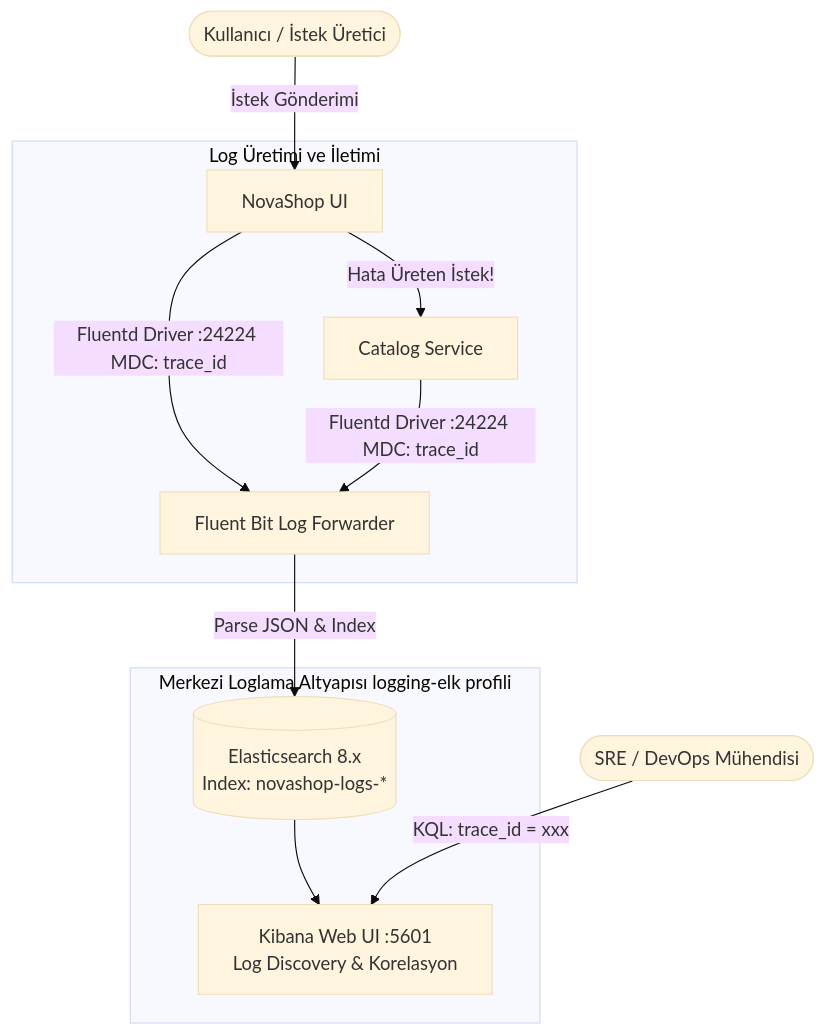
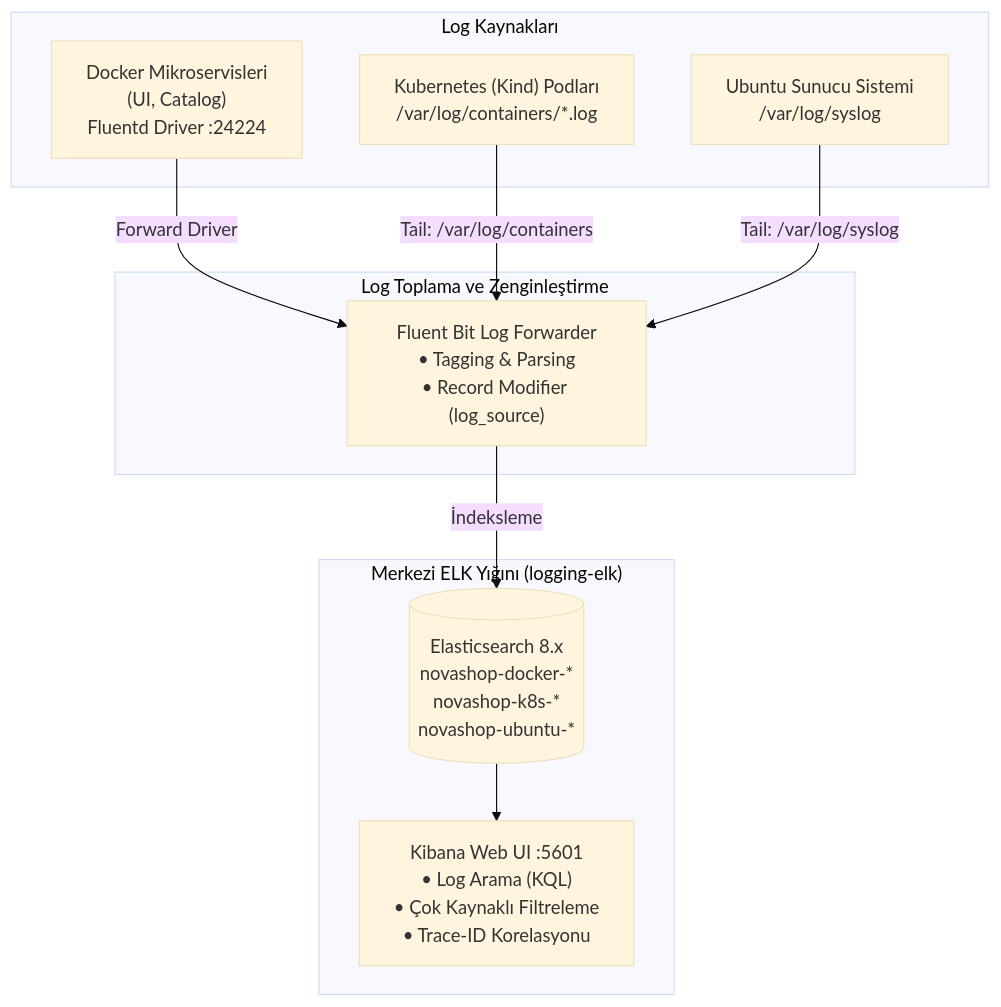
Before and after one commit to devopsatolyesi-labs/novashop: the diagram in labs/LAB-11/README.md, drawn with Mermaid (base theme). The commit also changed other lines of this file and 2 other files, not shown here.

Commit message:
feat(lab-11): upgrade ELK stack with Fluent Bit multi-source logging for Docker, Kubernetes, and Ubuntu syslog

````diff
--- a/labs/LAB-11/README.md
+++ b/labs/LAB-11/README.md
@@ -31,17 +36,24 @@
 ```mermaid
 graph TD
-    User([Kullanıcı / İstek Üretici]) -->|İstek Gönderimi| UI[NovaShop UI]
-    UI -->|Hata Üreten İstek!| Catalog[Catalog Service]
-
-    subgraph Log Üretimi ve İletimi
-        UI -->|Fluentd Driver :24224 MDC: trace_id| FluentBit[Fluent Bit Log Forwarder]
-        Catalog -->|Fluentd Driver :24224 MDC: trace_id| FluentBit
+    subgraph Log Kaynaklari ["Log Kaynakları"]
+        DockerApp["Docker Mikroservisleri<br/>(UI, Catalog)<br/>Fluentd Driver :24224"]
+        K8sPods["Kubernetes (Kind) Podları<br/>/var/log/containers/*.log"]
+        UbuntuHost["Ubuntu Sunucu Sistemi<br/>/var/log/syslog"]
     end
 
-    subgraph Merkezi Loglama Altyapısı logging-elk profili
-        FluentBit -->|Parse JSON & Index| ES[(Elasticsearch 8.x<br/>Index: novashop-logs-*)]
-        ES --> Kibana[Kibana Web UI :5601<br/>Log Discovery & Korelasyon]
+    subgraph Toplayici ["Log Toplama ve Zenginleştirme"]
+        FB["Fluent Bit Log Forwarder<br/>• Tagging & Parsing<br/>• Record Modifier (log_source)"]
     end
 
-    Engineer([SRE / DevOps Mühendisi]) -->|KQL: trace_id = xxx| Kibana
+    subgraph ELK_Stack ["Merkezi ELK Yığını (logging-elk)"]
+        ES[("Elasticsearch 8.x<br/>novashop-docker-*<br/>novashop-k8s-*<br/>novashop-ubuntu-*")]
+        Kibana["Kibana Web UI :5601<br/>• Log Arama (KQL)<br/>• Çok Kaynaklı Filtreleme<br/>• Trace-ID Korelasyonu"]
+    end
+
+    DockerApp -->|"Forward Driver"| FB
+    K8sPods -->|"Tail: /var/log/containers"| FB
+    UbuntuHost -->|"Tail: /var/log/syslog"| FB
+
+    FB -->|"İndeksleme"| ES
+    ES --> Kibana
 ```
````
